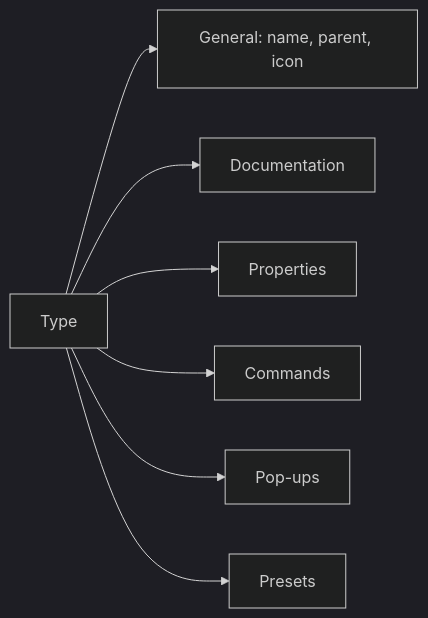
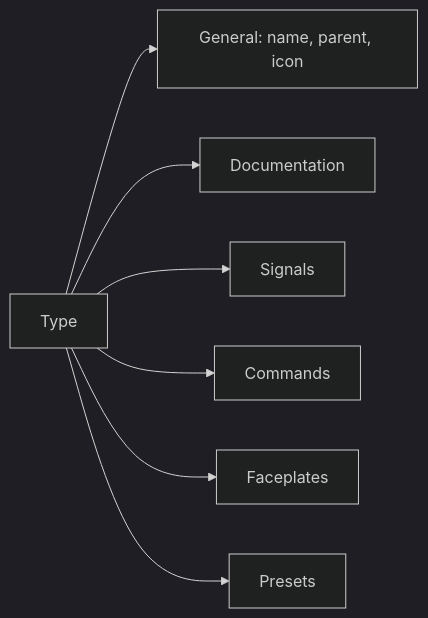
The third of 6 diagrams in metadata/01-types.md (AlexandreGallais/synoptic-studio-spec), drawn with Mermaid (dark theme) before and after one commit. The commit also changed other lines of this file and 18 other files, not shown here.

````diff
--- a/metadata/01-types.md
+++ b/metadata/01-types.md
@@ -49,9 +49,9 @@
 ```mermaid
 flowchart LR
     T[Type] --> G[General: name, parent, icon]
     T --> DO[Documentation]
-    T --> P[Properties]
+    T --> P[Signals]
     T --> C[Commands]
-    T --> U[Pop-ups]
+    T --> U[Faceplates]
     T --> R[Presets]
 ```
````
